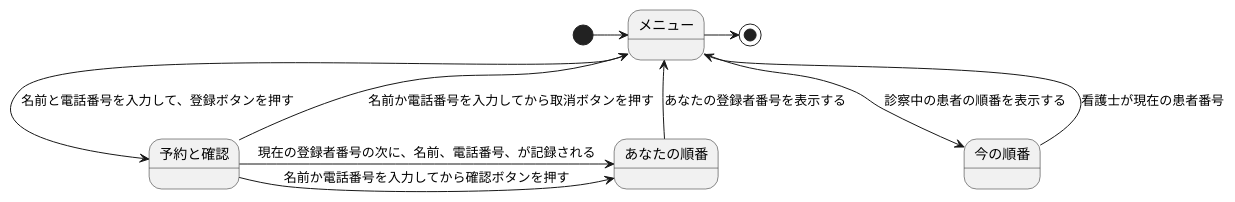
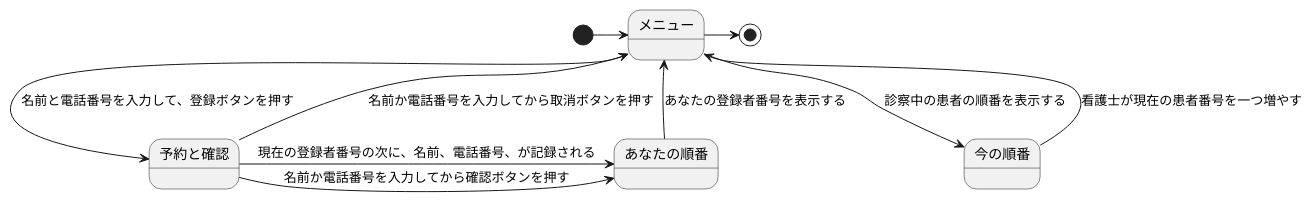
The diagram in 演習6-3_ステートマシン図_診察予約システム.pu (nishiyu0919/uml-introduction), drawn with PlantUML before and after one commit.

Commit message:
演習6

```diff
--- a/演習6-3_ステートマシン図_診察予約システム.pu
+++ b/演習6-3_ステートマシン図_診察予約システム.pu
@@ -1,17 +1,17 @@
 @startuml 演習6-3ステートマシン図
 state メニュー
 
 
 [*] -> メニュー 
 メニュー  -> [*] 
 
 メニュー --> 予約と確認 : 名前と電話番号を入力して、登録ボタンを押す
 予約と確認 -right-> あなたの順番 : 現在の登録者番号の次に、名前、電話番号、が記録される
 予約と確認 -right-> あなたの順番 : 名前か電話番号を入力してから確認ボタンを押す
 予約と確認 --> メニュー : 名前か電話番号を入力してから取消ボタンを押す
 
 メニュー <-- あなたの順番 : あなたの登録者番号を表示する
 メニュー --> 今の順番 : 診察中の患者の順番を表示する
-メニュー <-right- 今の順番 : 看護士が現在の患者番号
+メニュー <-right- 今の順番 : 看護士が現在の患者番号を一つ増やす
 
 @enduml
```
